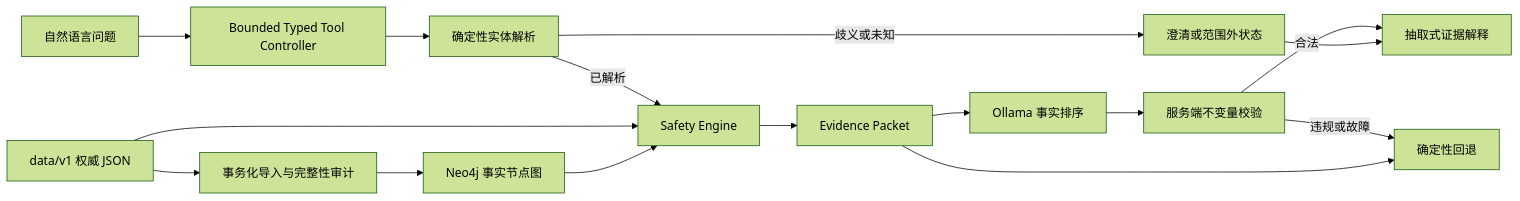
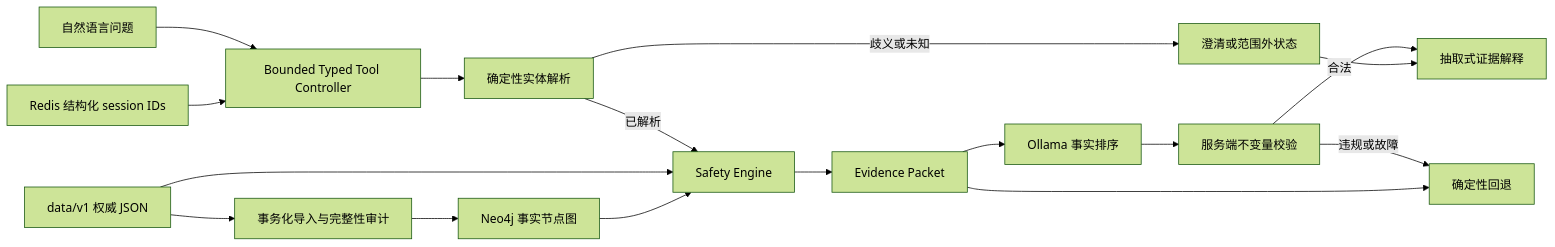
The diagram in README.md (GFLabandon/MedSafetyAssistant), drawn with Mermaid (forest theme) before and after one commit. The commit also changed other lines of this file and 7 other files, not shown here.

````diff
--- a/README.md
+++ b/README.md
@@ -70,18 +75,19 @@
 ```mermaid
 flowchart LR
     A["自然语言问题"] --> W["Bounded Typed Tool Controller"]
+    S["Redis 结构化 session IDs"] --> W
     W --> R["确定性实体解析"]
     R -->|"已解析"| B["Safety Engine"]
     R -->|"歧义或未知"| Q["澄清或范围外状态"]
     J["data/v1 权威 JSON"] --> B
     J --> C["事务化导入与完整性审计"]
     C --> D["Neo4j 事实节点图"]
     D --> B
     B --> E["Evidence Packet"]
     E --> F["Ollama 事实排序"]
     F --> G["服务端不变量校验"]
     G -->|"合法"| H["抽取式证据解释"]
     G -->|"违规或故障"| I["确定性回退"]
     E --> I
     Q --> H
 ```
````
